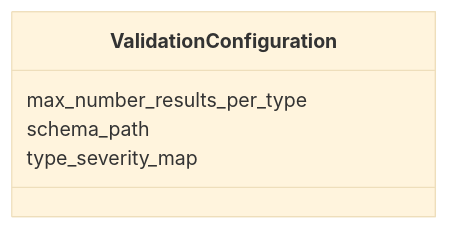
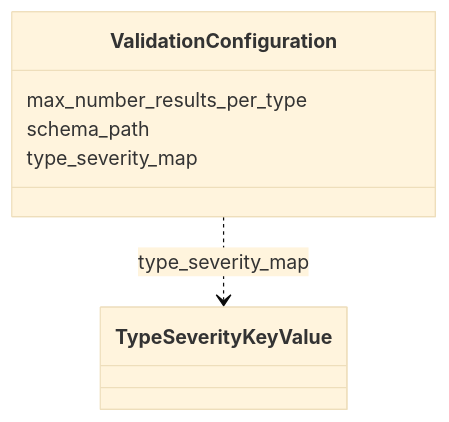
One commit to INCATools/ontology-access-kit changed the diagram in validation/ValidationConfiguration.md. Above: the diagram before and after it, drawn with Mermaid (base theme). The commit also changed other lines of this file and 1783 other files, not shown here.

````diff
--- a/validation/ValidationConfiguration.md
+++ b/validation/ValidationConfiguration.md
@@ -11,8 +11,13 @@
 ```{mermaid}
  classDiagram
     class ValidationConfiguration
       ValidationConfiguration : max_number_results_per_type
+        
       ValidationConfiguration : schema_path
+        
       ValidationConfiguration : type_severity_map
+        
+          ValidationConfiguration ..> TypeSeverityKeyValue : type_severity_map
+        
       
 ```
````
